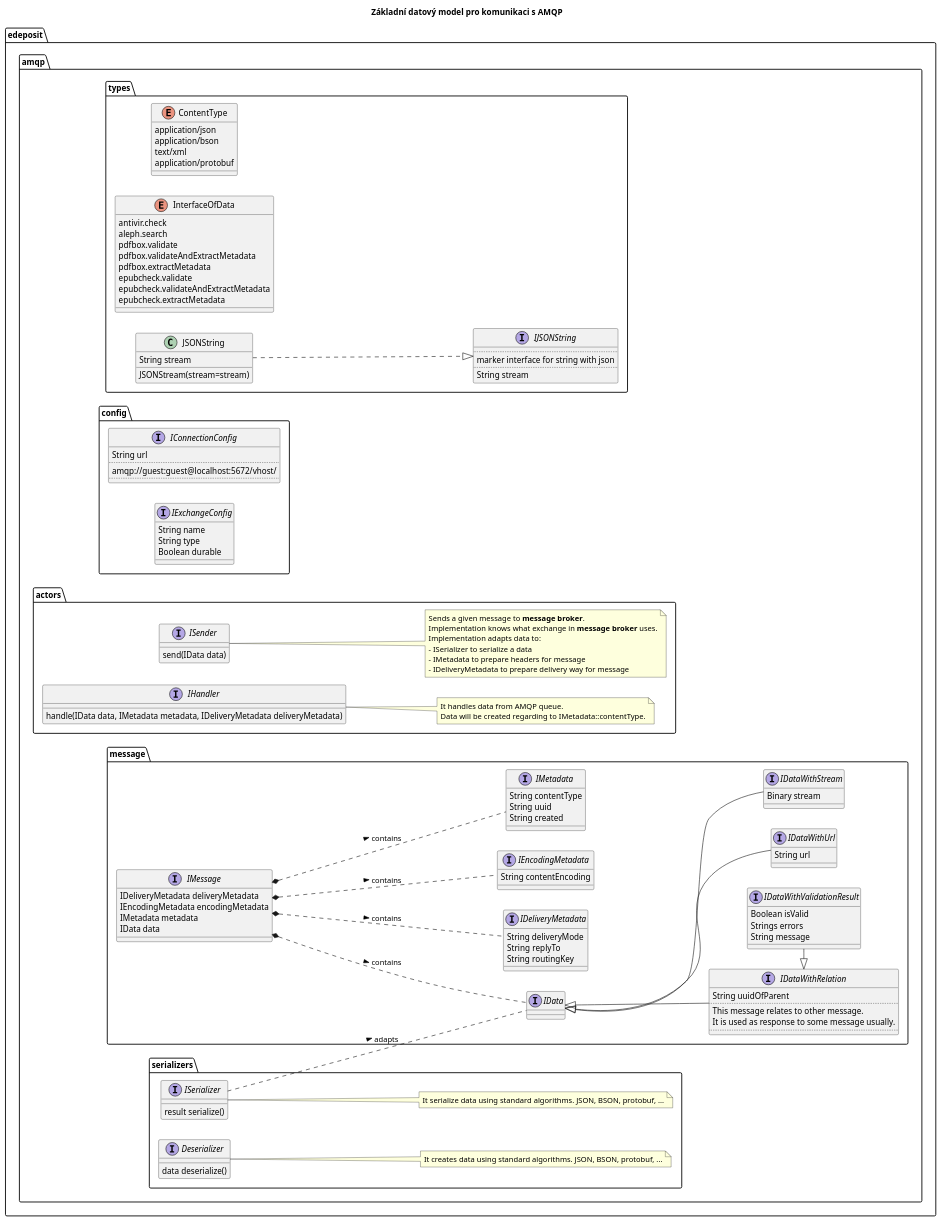
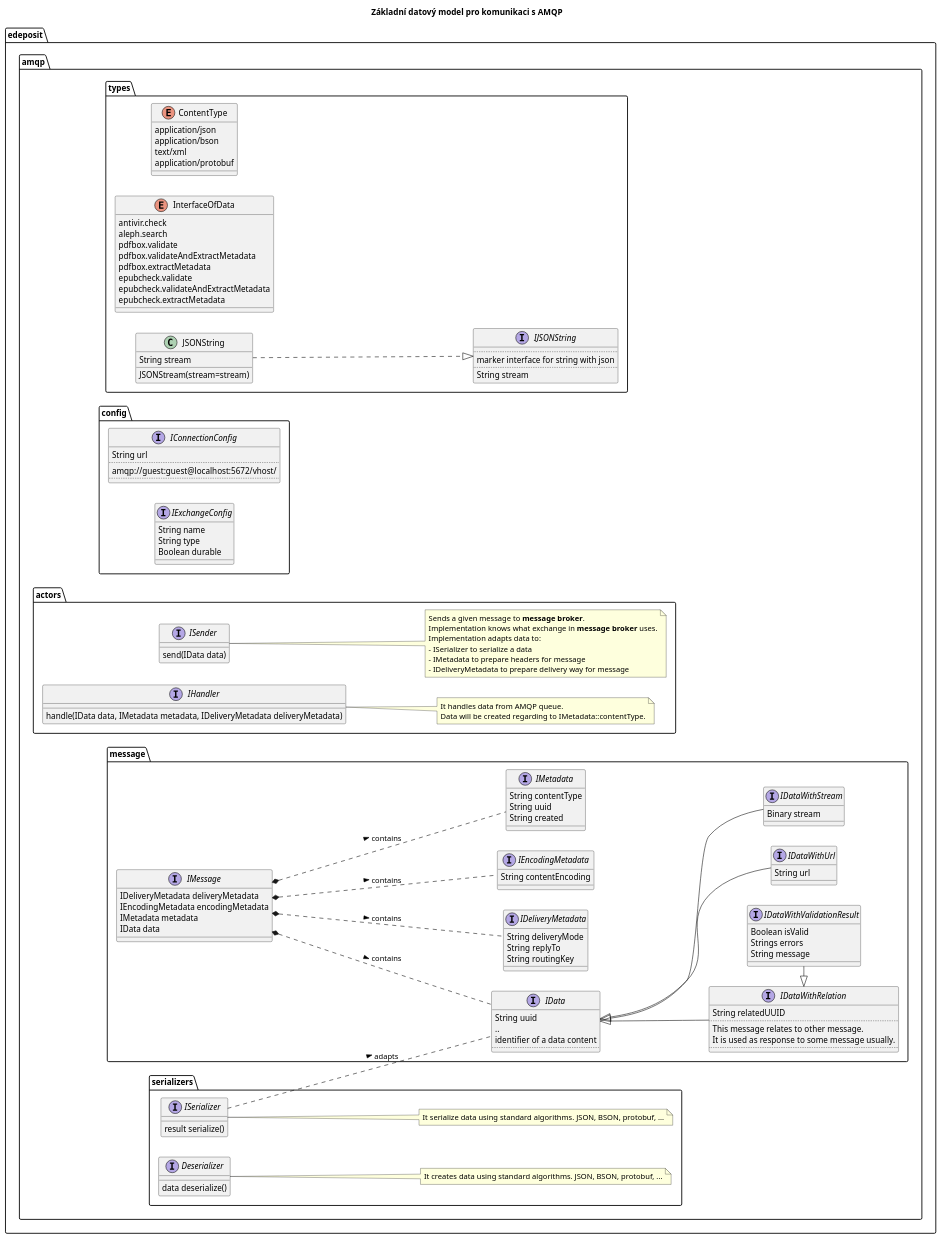
The diagram in docs/middleware/dm00.plantuml (edeposit/edeposit), drawn with PlantUML before and after one commit. The commit also changed 1 other file, not shown here.

Commit message:
fixed typo with uuid in IData. fixed jstavel/edeposit.amqp#1

```diff
--- a/docs/middleware/dm00.plantuml
+++ b/docs/middleware/dm00.plantuml
@@ -1,159 +1,163 @@
 @startuml
 skinparam componentStyle uml2
 left to right direction
 title Základní datový model pro komunikaci s AMQP
 
 package edeposit.amqp.types {
 enum ContentType {
      application/json
      application/bson
      text/xml
      application/protobuf
 }
 
 enum InterfaceOfData {
      antivir.check
      aleph.search
      pdfbox.validate
      pdfbox.validateAndExtractMetadata
      pdfbox.extractMetadata
      epubcheck.validate
      epubcheck.validateAndExtractMetadata
      epubcheck.extractMetadata
 }
 
 interface IJSONString {
           ..
           marker interface for string with json
           ..
           String stream
 }
 
         class JSONString {
               String stream
               JSONStream(stream=stream)
         }
 
         JSONString ..|> IJSONString
 
 }
 
 package edeposit.amqp.config {
 Interface IConnectionConfig {
       String url
       ..
       amqp://guest:guest@localhost:5672/vhost/      
       ..
 }
 
 Interface IExchangeConfig {
       String name
       String type
       Boolean durable
 }
 }
 
 package edeposit.amqp.message {
 Interface IDeliveryMetadata {
       String deliveryMode
       String replyTo
       String routingKey
 }
 
 Interface IEncodingMetadata {
       String contentEncoding
 }
 
 Interface IMetadata {
       String contentType
       String uuid
       String created
 }
 
 Interface IData {
+      String uuid
+      .. 
+      identifier of a data content
+      ..
 }
 
 interface IDataWithRelation {
-      String uuidOfParent
+      String relatedUUID
       ..
       This message relates to other message. 
       It is used as response to some message usually.
       ..
 }
 
 interface IMessage {
           IDeliveryMetadata deliveryMetadata
           IEncodingMetadata encodingMetadata
           IMetadata metadata
           IData data
 }
 
 IMessage *.. IData : > contains
 IMessage *.. IDeliveryMetadata : > contains
 IMessage *.. IMetadata : > contains
 IMessage *.. IEncodingMetadata : > contains
 
         interface IDataWithUrl {
               String url
         }
 
         interface IDataWithStream {
               Binary stream
         }
 
         interface IDataWithValidationResult {
                   Boolean isValid
                   Strings errors
                   String message
         }
 
 IDataWithRelation <|- IDataWithValidationResult
 
 IData <|-- IDataWithRelation
 IData <|-- IDataWithUrl
 IData <|-- IDataWithStream
 
 }
 
 package edeposit.amqp.actors {
         interface ISender {
                 send(IData data)
         }
         note right
         Sends a given message to <b>message broker</b>.
         Implementation knows what exchange in <b>message broker</b> uses.
         Implementation adapts data to:
         - ISerializer to serialize a data
         - IMetadata to prepare headers for message
         - IDeliveryMetadata to prepare delivery way for message
         end note
         
         interface IHandler {
                   handle(IData data, IMetadata metadata, IDeliveryMetadata deliveryMetadata)
         }
         note right
         It handles data from AMQP queue.
         Data will be created regarding to IMetadata::contentType.
         end note
 }
 
 package edeposit.amqp.serializers {
         interface ISerializer {
                   result serialize()
         }
         note right
         It serialize data using standard algorithms. JSON, BSON, protobuf, ...
         end note
 
         interface Deserializer {
                   data deserialize()
         }
         note right
         It creates data using standard algorithms. JSON, BSON, protobuf, ...
         end note
 
 }        
 
 ISerializer .. IData : > adapts        
 
 @enduml
```
